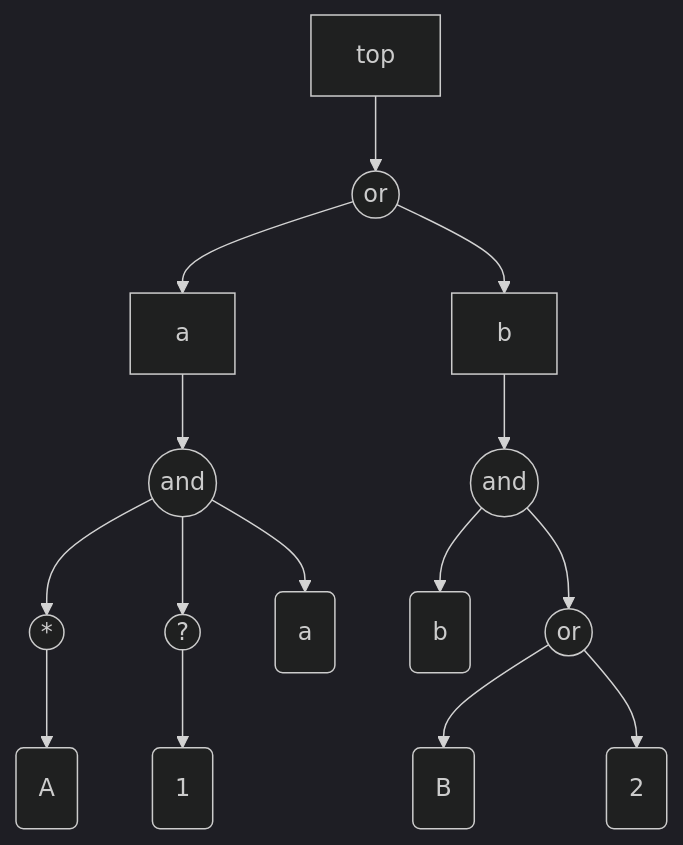
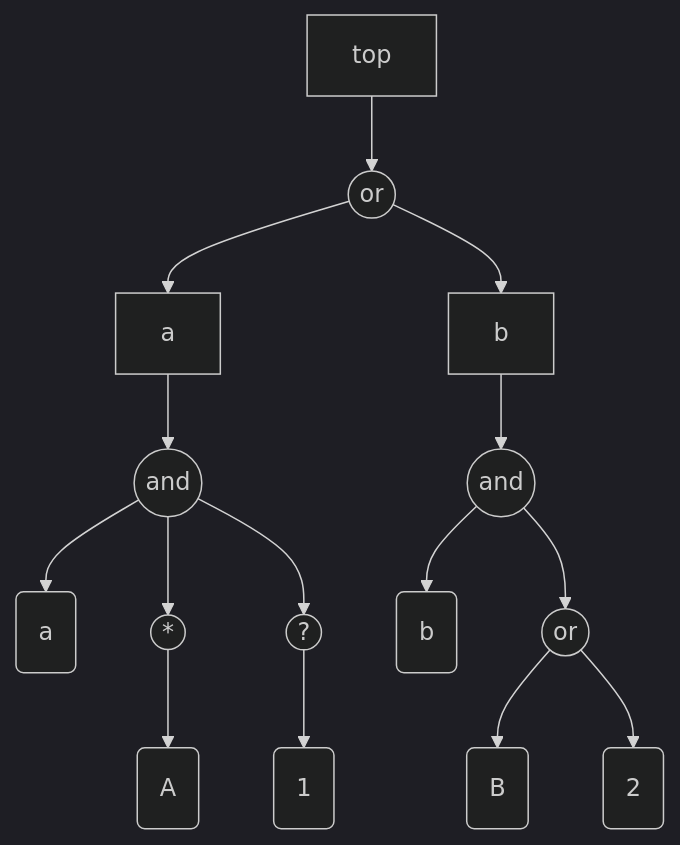
Before and after one commit to antononcube/Raku-FunctionalParsers: the first of 3 diagrams in README.md, drawn with Mermaid (dark theme). The commit also changed other lines of this file and 1 other file, not shown here.

Commit message:
docs:Added example mermaid-cli pipeline.

````diff
--- a/README.md
+++ b/README.md
@@ -304,32 +304,32 @@
 ```mermaid
 graph TD
-	T:A("A")
-	T:1("1")
-	opt9((?))
+	seq12((and))
 	NT:a["a"]
-	rep7((*))
-	alt1((or))
-	T:a("a")
-	T:2("2")
-	T:B("B")
-	seq12((and))
 	T:b("b")
 	NT:top["top"]
+	T:A("A")
+	rep7((*))
+	T:1("1")
+	T:2("2")
+	alt14((or))
+	opt9((?))
+	T:B("B")
+	NT:b["b"]
 	seq5((and))
-	NT:b["b"]
-	alt14((or))
+	T:a("a")
+	alt1((or))
 	alt1 --> NT:a
 	alt1 --> NT:b
 	NT:top --> alt1
 	rep7 --> T:A
 	opt9 --> T:1
 	seq5 --> T:a
 	seq5 --> rep7
 	seq5 --> opt9
 	NT:a --> seq5
 	alt14 --> T:B
 	alt14 --> T:2
 	seq12 --> T:b
 	seq12 --> alt14
 	NT:b --> seq12
 ```
````
